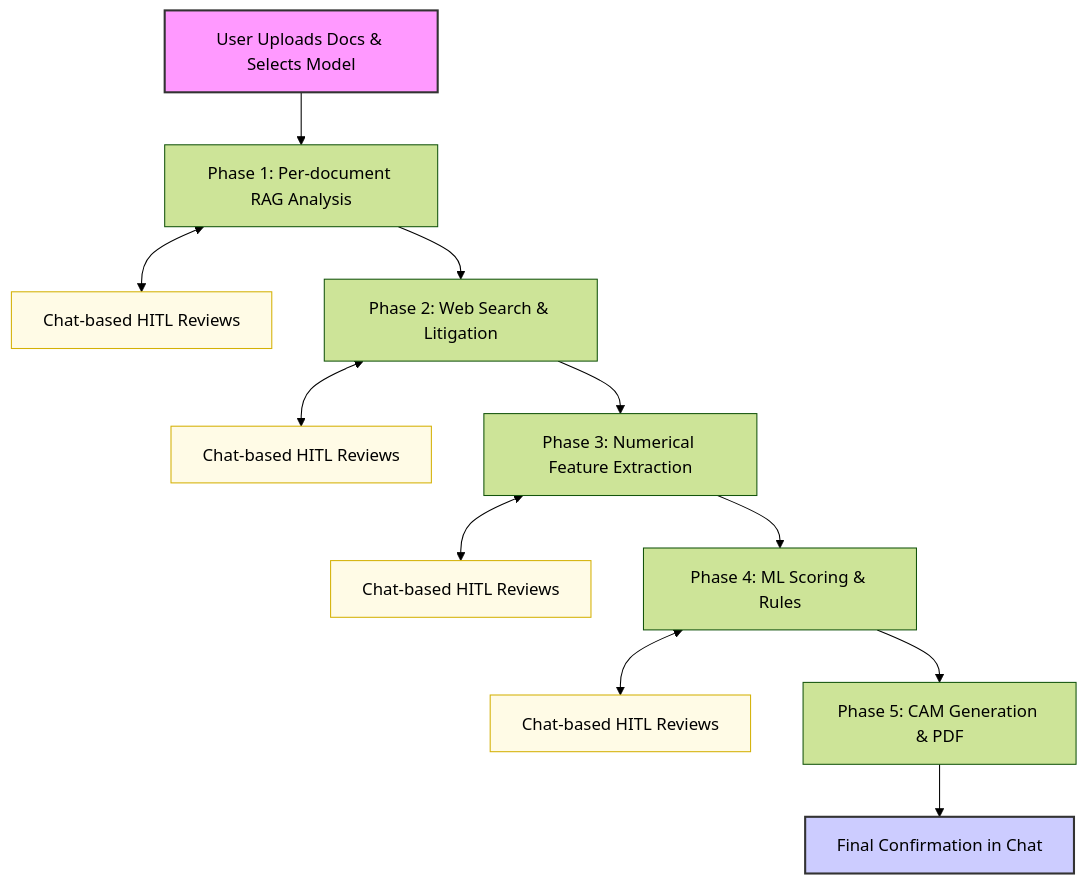
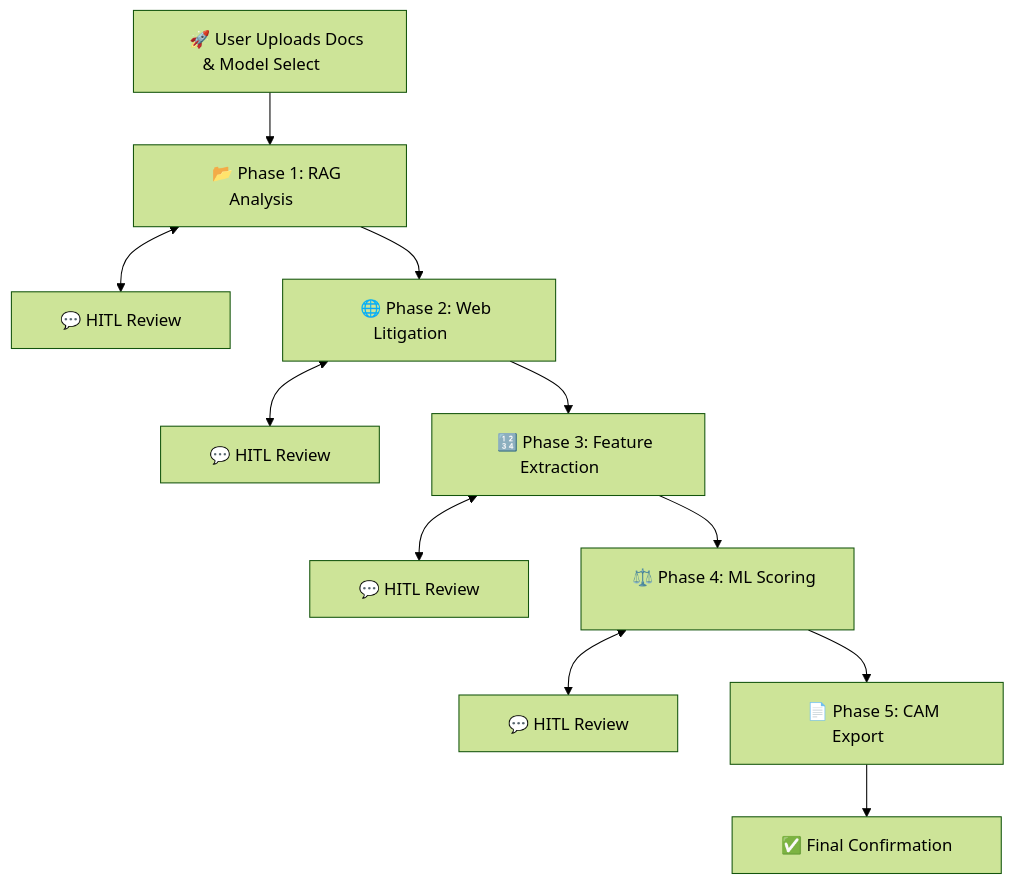
The diagram in README.md (ShivamMaurya14/Credi-Mitra), drawn with Mermaid (forest theme) before and after one commit. The commit also changed other lines of this file, not shown here.

Commit message:
Docs: Final visual polish - added logo, adjusted diagram box sizing for better readability

````diff
--- a/README.md
+++ b/README.md
@@ -45,20 +45,13 @@
 ```mermaid
 graph TD
-    Start["User Uploads Docs & Selects Model"] --> P1["Phase 1: Per-document RAG Analysis"]
-    P1 <--> H1["Chat-based HITL Reviews"]
-    P1 --> P2["Phase 2: Web Search & Litigation"]
-    P2 <--> H2["Chat-based HITL Reviews"]
-    P2 --> P3["Phase 3: Numerical Feature Extraction"]
-    P3 <--> H3["Chat-based HITL Reviews"]
-    P3 --> P4["Phase 4: ML Scoring & Rules"]
-    P4 <--> H4["Chat-based HITL Reviews"]
-    P4 --> P5["Phase 5: CAM Generation & PDF"]
-    P5 --> Done["Final Confirmation in Chat"]
-
-    style Start fill:#f9f,stroke:#333,stroke-width:2px
-    style Done fill:#ccf,stroke:#333,stroke-width:2px
-    style H1 fill:#fffbe6,stroke:#d4b106
-    style H2 fill:#fffbe6,stroke:#d4b106
-    style H3 fill:#fffbe6,stroke:#d4b106
-    style H4 fill:#fffbe6,stroke:#d4b106
+    Start["&nbsp;&nbsp;&nbsp; 🚀 User Uploads Docs & Model Select &nbsp;&nbsp;&nbsp;"] --> P1["&nbsp;&nbsp;&nbsp; 📂 Phase 1: RAG Analysis &nbsp;&nbsp;&nbsp;"]
+    P1 <--> H1["&nbsp;&nbsp;&nbsp; 💬 HITL Review &nbsp;&nbsp;&nbsp;"]
+    P1 --> P2["&nbsp;&nbsp;&nbsp; 🌐 Phase 2: Web Litigation &nbsp;&nbsp;&nbsp;"]
+    P2 <--> H2["&nbsp;&nbsp;&nbsp; 💬 HITL Review &nbsp;&nbsp;&nbsp;"]
+    P2 --> P3["&nbsp;&nbsp;&nbsp; 🔢 Phase 3: Feature Extraction &nbsp;&nbsp;&nbsp;"]
+    P3 <--> H3["&nbsp;&nbsp;&nbsp; 💬 HITL Review &nbsp;&nbsp;&nbsp;"]
+    P3 --> P4["&nbsp;&nbsp;&nbsp; ⚖️ Phase 4: ML Scoring &nbsp;&nbsp;&nbsp;"]
+    P4 <--> H4["&nbsp;&nbsp;&nbsp; 💬 HITL Review &nbsp;&nbsp;&nbsp;"]
+    P4 --> P5["&nbsp;&nbsp;&nbsp; 📄 Phase 5: CAM Export &nbsp;&nbsp;&nbsp;"]
+    P5 --> Done["&nbsp;&nbsp;&nbsp; ✅ Final Confirmation &nbsp;&nbsp;&nbsp;"]
 ```
````
